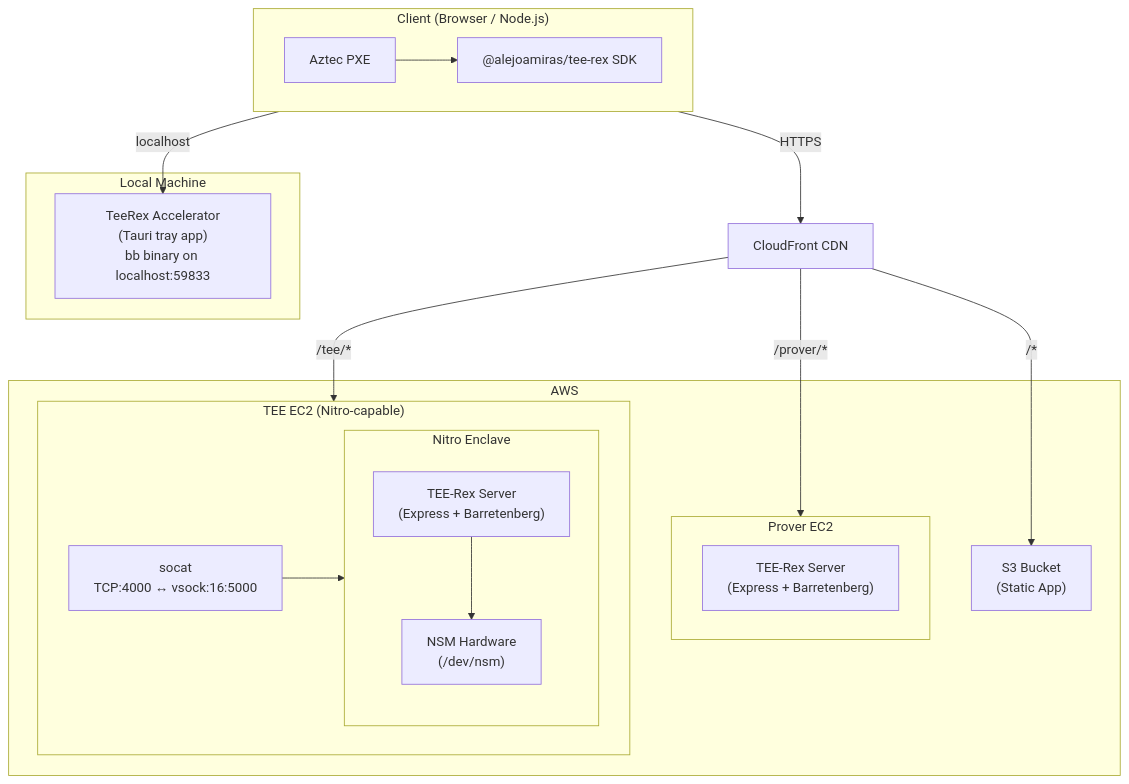
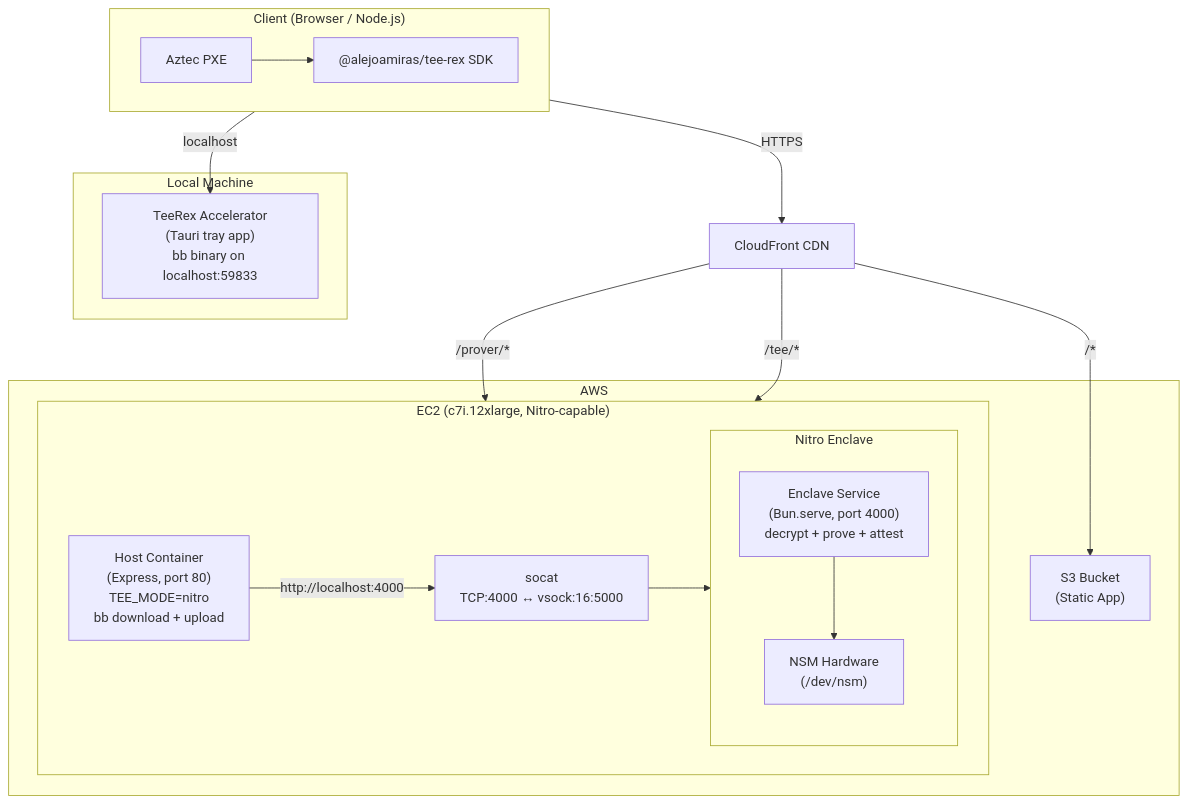
Before and after one commit to alejoamiras/tee-rex: the first of 4 diagrams in docs/architecture.md, drawn with Mermaid. The commit also changed other lines of this file and 30 other files, not shown here.

First line of the commit message:
feat: thin enclave architecture — host-managed bb versions

````diff
--- a/docs/architecture.md
+++ b/docs/architecture.md
@@ -7,38 +7,36 @@
 ```mermaid
 graph TB
   subgraph Client["Client (Browser / Node.js)"]
     PXE["Aztec PXE"]
     SDK["@alejoamiras/tee-rex SDK"]
     PXE --> SDK
   end
 
   subgraph Local["Local Machine"]
     Accelerator["TeeRex Accelerator<br/>(Tauri tray app)<br/>bb binary on localhost:59833"]
   end
 
   CF["CloudFront CDN"]
 
   subgraph AWS["AWS"]
     S3["S3 Bucket<br/>(Static App)"]
 
-    subgraph ProverEC2["Prover EC2"]
-      ProverServer["TEE-Rex Server<br/>(Express + Barretenberg)"]
-    end
-
-    subgraph TeeEC2["TEE EC2 (Nitro-capable)"]
+    subgraph EC2["EC2 (c7i.12xlarge, Nitro-capable)"]
+      Host["Host Container<br/>(Express, port 80)<br/>TEE_MODE=nitro<br/>bb download + upload"]
       Socat["socat<br/>TCP:4000 ↔ vsock:16:5000"]
       subgraph Enclave["Nitro Enclave"]
-        TeeServer["TEE-Rex Server<br/>(Express + Barretenberg)"]
+        EnclaveServer["Enclave Service<br/>(Bun.serve, port 4000)<br/>decrypt + prove + attest"]
         NSM["NSM Hardware<br/>(/dev/nsm)"]
-        TeeServer --> NSM
+        EnclaveServer --> NSM
       end
+      Host -->|"http://localhost:4000"| Socat
       Socat --> Enclave
     end
   end
 
   Client -->|"localhost"| Accelerator
   Client -->|"HTTPS"| CF
   CF -->|"/*"| S3
-  CF -->|"/prover/*"| ProverEC2
-  CF -->|"/tee/*"| TeeEC2
+  CF -->|"/prover/*"| EC2
+  CF -->|"/tee/*"| EC2
 ```
````
